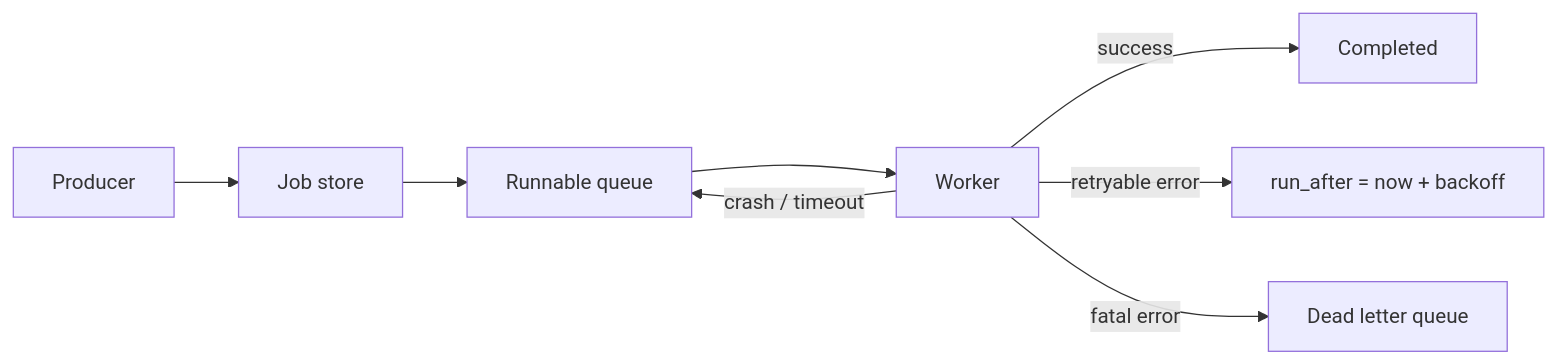
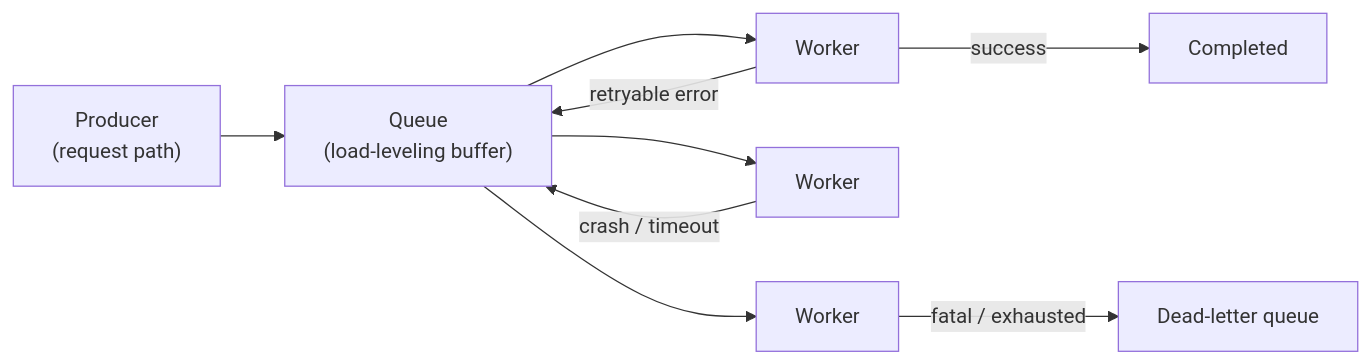
One commit to binarydevelop/system-design-patterns changed the diagram in 18-workflow-job-systems/02-background-jobs-worker-pools.md. Above: the diagram before and after it, drawn with Mermaid. The commit also changed other lines of this file and 8 other files, not shown here.

````diff
--- a/18-workflow-job-systems/02-background-jobs-worker-pools.md
+++ b/18-workflow-job-systems/02-background-jobs-worker-pools.md
@@ -9,10 +23,11 @@
 ```mermaid
 flowchart LR
-    API["Producer"] --> DB["Job store"]
-    DB --> Q["Runnable queue"]
-    Q --> W["Worker"]
-    W -->|success| DONE["Completed"]
-    W -->|retryable error| RETRY["run_after = now + backoff"]
-    W -->|fatal error| DLQ["Dead letter queue"]
-    W -->|crash / timeout| Q
+    API["Producer<br/>(request path)"] --> Q["Queue<br/>(load-leveling buffer)"]
+    Q --> W1["Worker"]
+    Q --> W2["Worker"]
+    Q --> W3["Worker"]
+    W1 -->|success| DONE["Completed"]
+    W1 -->|retryable error| Q
+    W2 -->|crash / timeout| Q
+    W3 -->|fatal / exhausted| DLQ["Dead-letter queue"]
 ```
````
